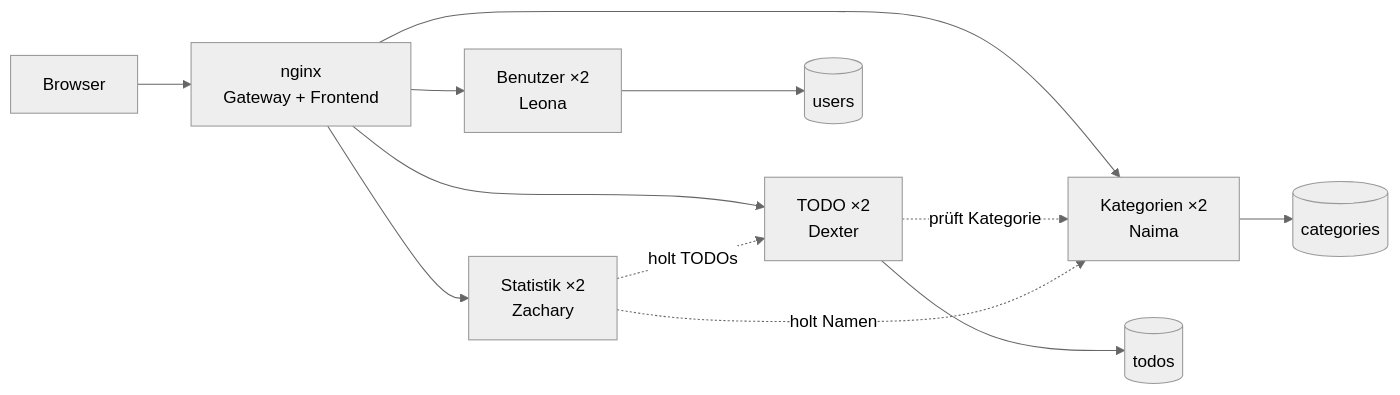
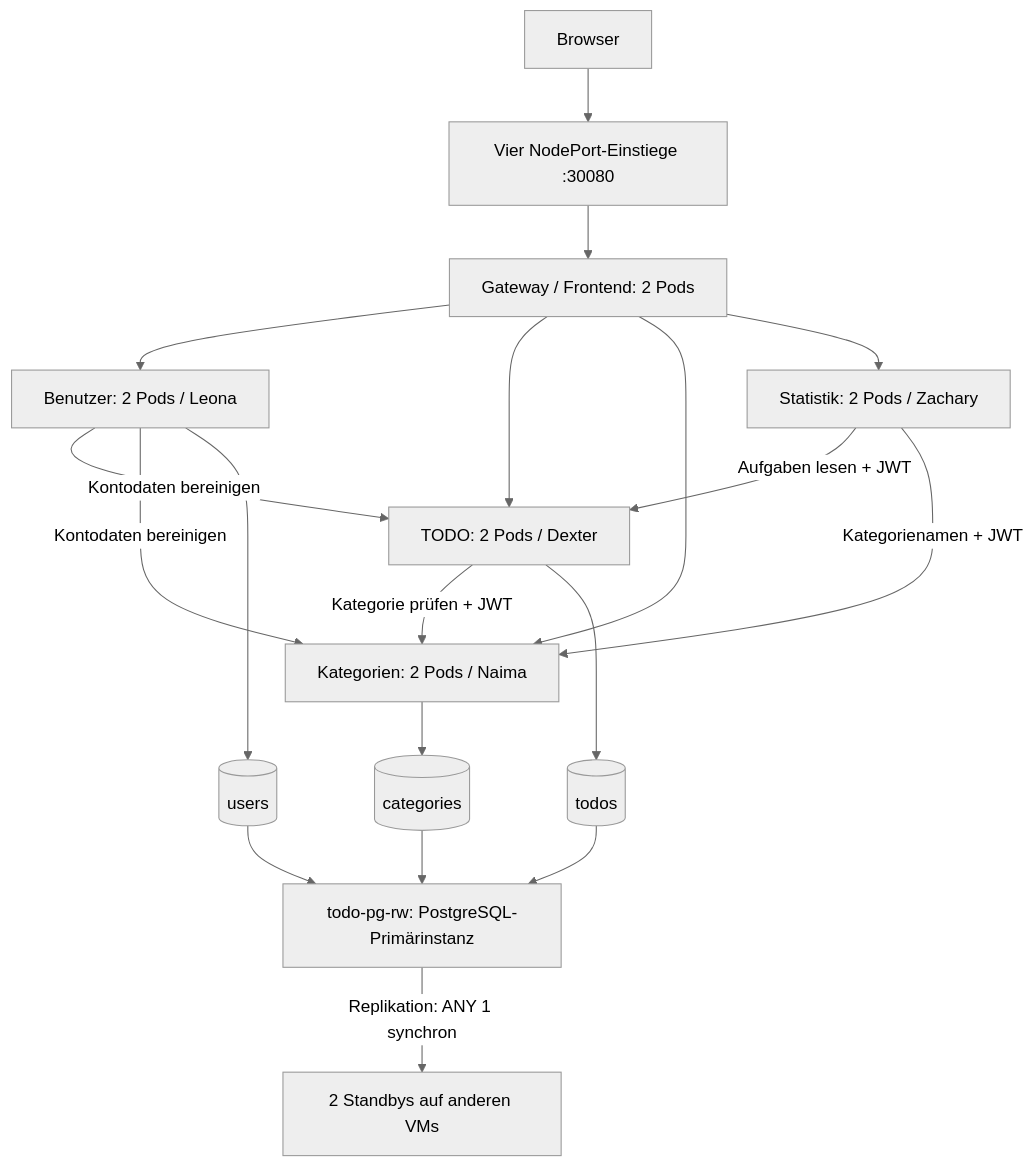
One commit to dexter-zurbruegg/M321_LB2_Leona_Zachary_Naima_Dexter changed the diagram in docs/architektur.md. Above: the diagram before and after it, drawn with Mermaid (neutral theme). The commit also changed other lines of this file and 19 other files, not shown here.

````diff
--- a/docs/architektur.md
+++ b/docs/architektur.md
@@ -9,14 +12,21 @@
 ```mermaid
-flowchart LR
-    B[Browser] --> G[nginx<br/>Gateway + Frontend]
-    G --> U[Benutzer ×2<br/>Leona]
-    G --> T[TODO ×2<br/>Dexter]
-    G --> K[Kategorien ×2<br/>Naima]
-    G --> S[Statistik ×2<br/>Zachary]
-    T -. prüft Kategorie .-> K
-    S -. holt TODOs .-> T
-    S -. holt Namen .-> K
+flowchart TB
+    B[Browser] --> E["Vier NodePort-Einstiege :30080"]
+    E --> G["Gateway / Frontend: 2 Pods"]
+    G --> U["Benutzer: 2 Pods / Leona"]
+    G --> T["TODO: 2 Pods / Dexter"]
+    G --> K["Kategorien: 2 Pods / Naima"]
+    G --> S["Statistik: 2 Pods / Zachary"]
+    T -->|"Kategorie prüfen + JWT"| K
+    S -->|"Aufgaben lesen + JWT"| T
+    S -->|"Kategorienamen + JWT"| K
+    U -->|"Kontodaten bereinigen"| T
+    U -->|"Kontodaten bereinigen"| K
     U --> DU[(users)]
     T --> DT[(todos)]
     K --> DK[(categories)]
+    DU --> P["todo-pg-rw: PostgreSQL-Primärinstanz"]
+    DT --> P
+    DK --> P
+    P -->|"Replikation: ANY 1 synchron"| R["2 Standbys auf anderen VMs"]
 ```
````
